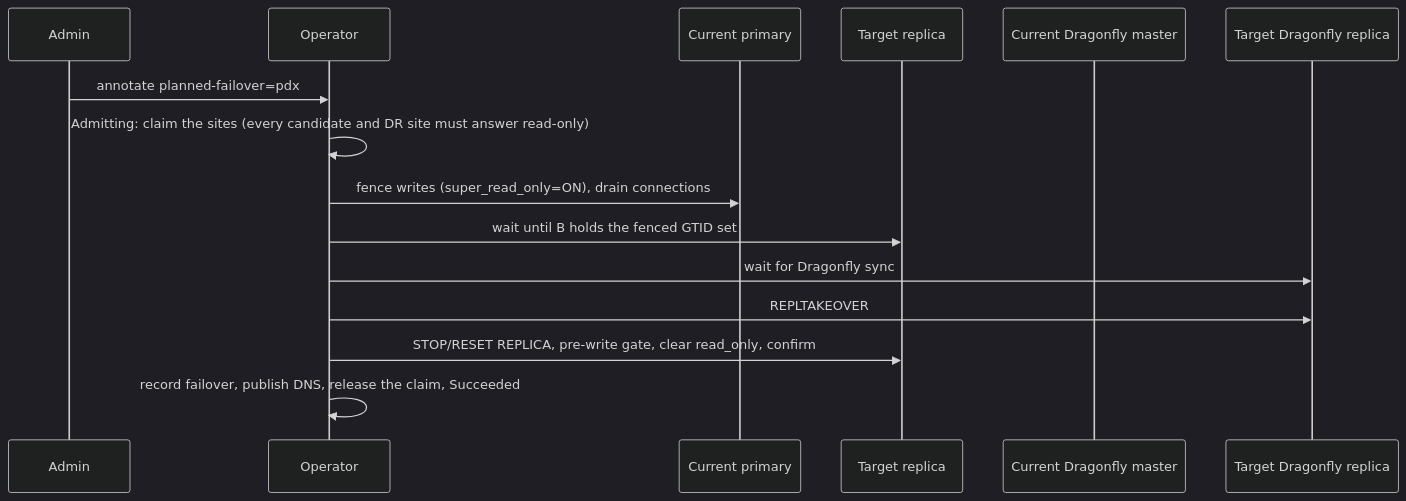
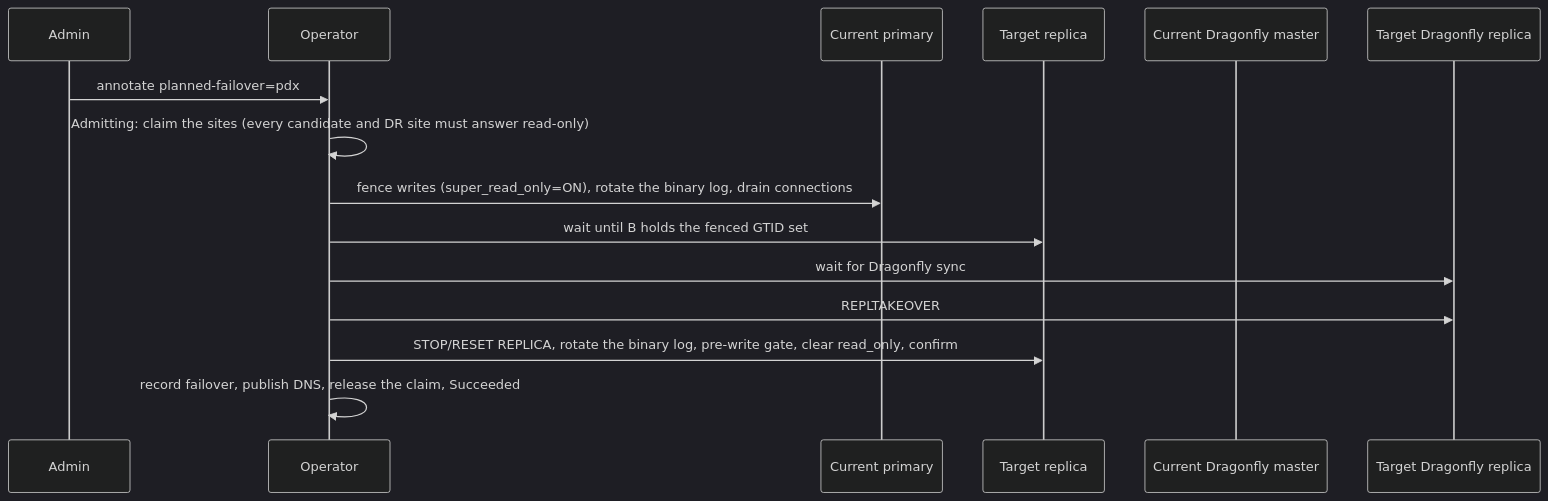
One commit to ShipStream/bloodraven changed the third of 9 diagrams in site/content/docs/5.architecture/7.architecture-diagrams.md. Above: the diagram before and after it, drawn with Mermaid (dark theme). The commit also changed 95 other files, not shown here.

First line of the commit message:
Rotate the binary log at promotion and archive an outgoing primary's tail (#229, #264)

````diff
--- a/site/content/docs/5.architecture/7.architecture-diagrams.md
+++ b/site/content/docs/5.architecture/7.architecture-diagrams.md
@@ -53,17 +53,17 @@
 ```mermaid
 sequenceDiagram
   participant Admin
   participant O as Operator
   participant A as Current primary
   participant B as Target replica
   participant DA as Current Dragonfly master
   participant DB as Target Dragonfly replica
   Admin->>O: annotate planned-failover=pdx
   O->>O: Admitting: claim the sites (every candidate and DR site must answer read-only)
-  O->>A: fence writes (super_read_only=ON), drain connections
+  O->>A: fence writes (super_read_only=ON), rotate the binary log, drain connections
   O->>B: wait until B holds the fenced GTID set
   O->>DB: wait for Dragonfly sync
   O->>DB: REPLTAKEOVER
-  O->>B: STOP/RESET REPLICA, pre-write gate, clear read_only, confirm
+  O->>B: STOP/RESET REPLICA, rotate the binary log, pre-write gate, clear read_only, confirm
   O->>O: record failover, publish DNS, release the claim, Succeeded
 ```
````
